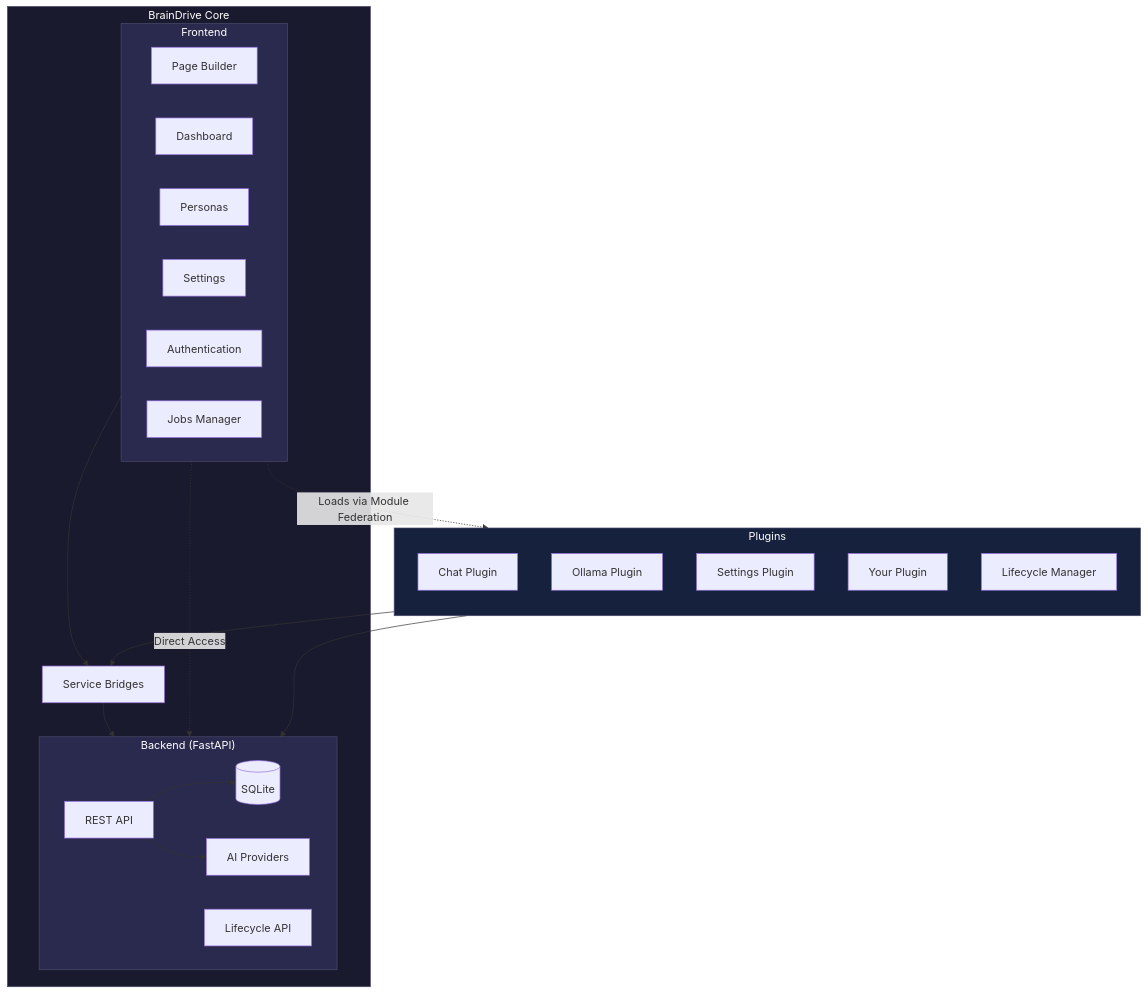
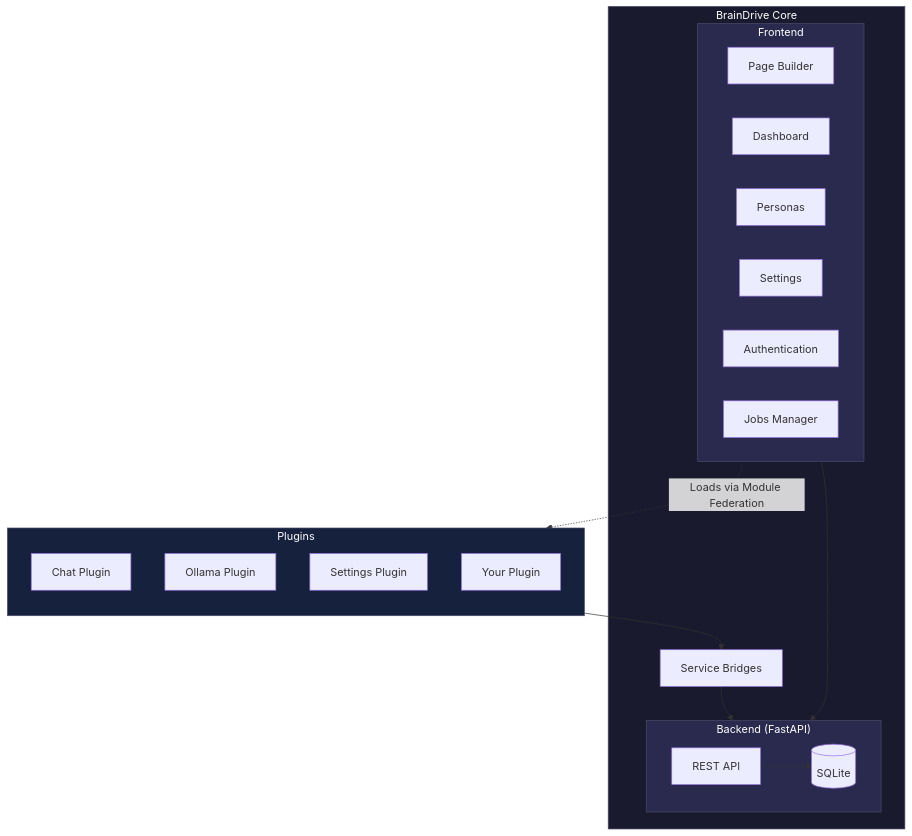
Before and after one commit to BrainDriveAI/BrainDrive-Docs-Site: the diagram in docs-core/README.md, drawn with Mermaid. The commit also changed 1 other file, not shown here.

Commit message:
chore: sync external docs

````diff
--- a/docs-core/README.md
+++ b/docs-core/README.md
@@ -80,48 +80,42 @@
 ```mermaid
 flowchart TB
     subgraph Core ["BrainDrive Core"]
         subgraph Frontend ["Frontend"]
             direction LR
             PB[Page Builder]
             DASH[Dashboard]
             PERS[Personas]
             SET[Settings]
             AUTH[Authentication]
             JOBS[Jobs Manager]
         end
 
         SB[Service Bridges]
 
         subgraph Backend ["Backend (FastAPI)"]
             direction LR
             API[REST API]
-            LCAPI[Lifecycle API]
-            AIPROV[AI Providers]
             DB[(SQLite)]
         end
 
-        Frontend --> SB
-        Frontend -.->|Direct Access| API
+        Frontend --> API
         SB --> API
         API --> DB
-        API --> AIPROV
     end
 
     subgraph Plugins ["Plugins"]
         direction TB
         P1[Chat Plugin]
         P2[Ollama Plugin]
         P3[Settings Plugin]
         P4[Your Plugin]
-        LM[Lifecycle Manager]
     end
 
     Frontend -.->|Loads via Module Federation| Plugins
     Plugins --> SB
-    LM --> LCAPI
 
     style Core fill:#1a1a2e,stroke:#4a4a6a,color:#fff
     style Frontend fill:#2a2a4e,stroke:#4a4a6a,color:#fff
     style Backend fill:#2a2a4e,stroke:#4a4a6a,color:#fff
     style Plugins fill:#16213e,stroke:#4a4a6a,color:#fff
 ```
````
